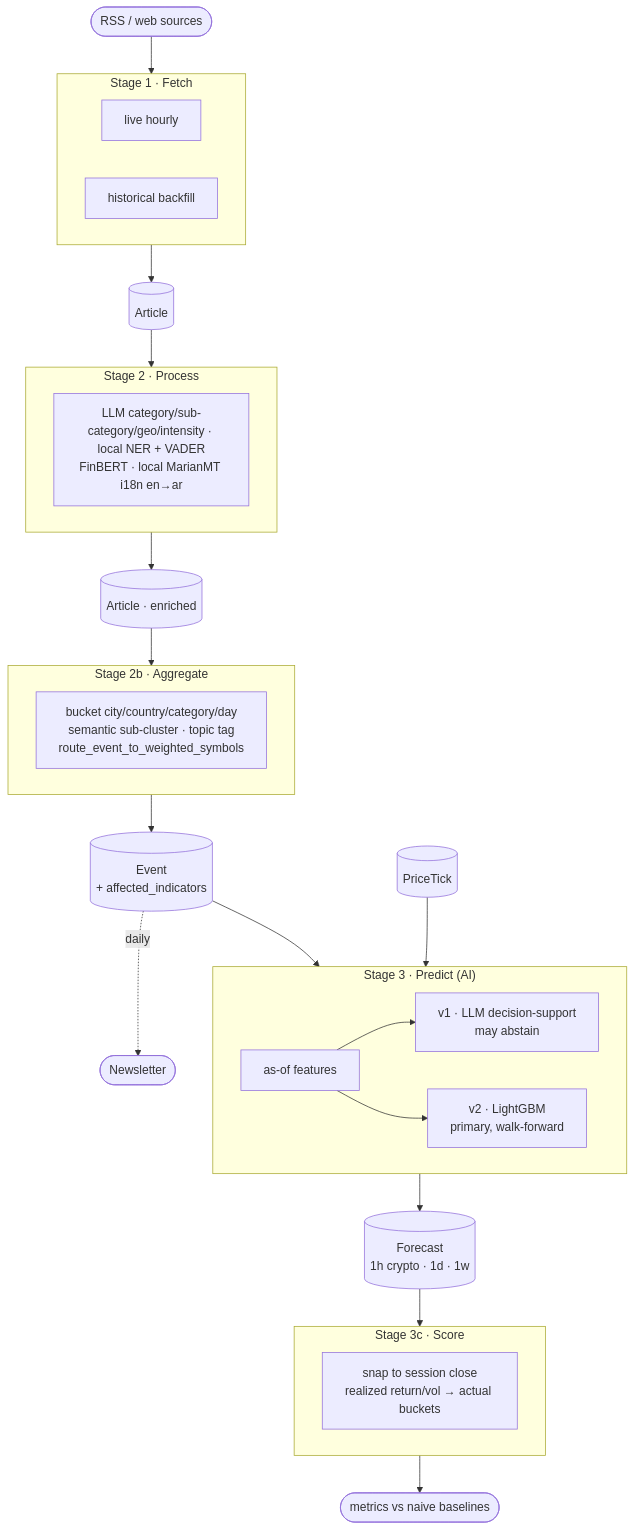
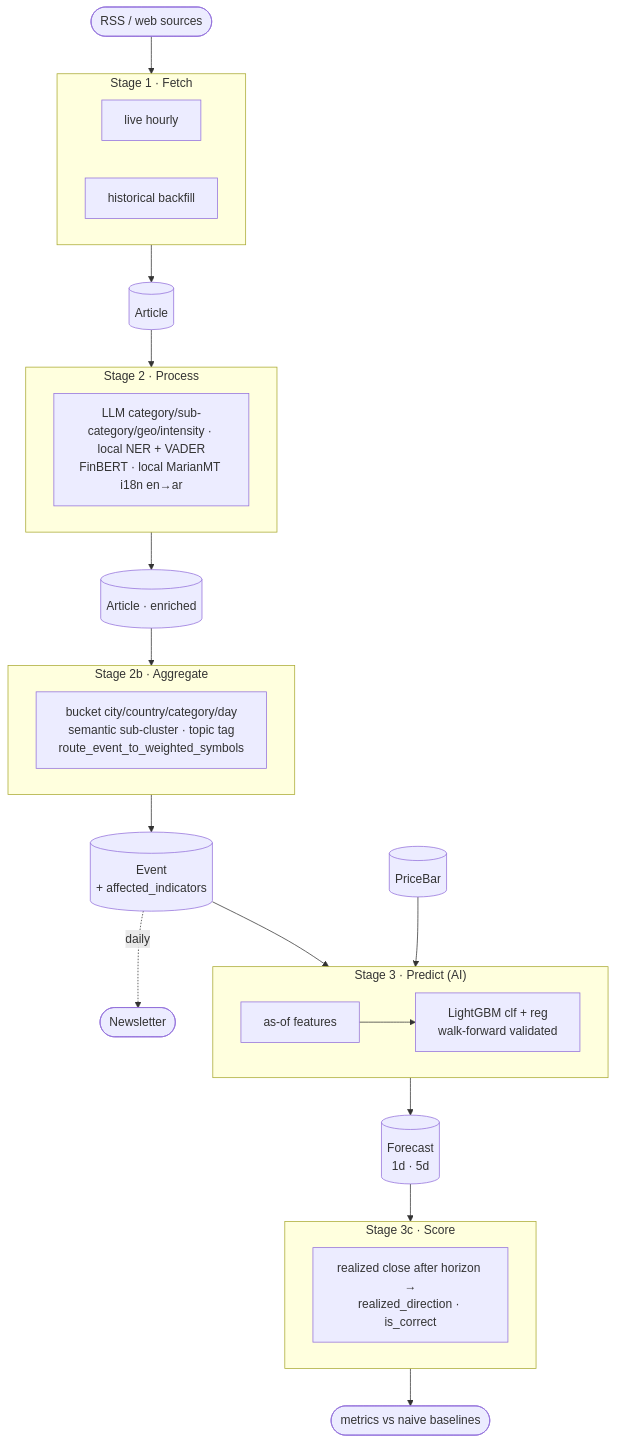
The diagram in docs/README.md (jameelhamdan/event-horizon), drawn with Mermaid before and after one commit. The commit also changed 17 other files, not shown here.

````diff
--- a/docs/README.md
+++ b/docs/README.md
@@ -24,38 +24,37 @@
 ```mermaid
 flowchart TD
     SRC([RSS / web sources]) --> S1
 
     subgraph S1["Stage 1 · Fetch"]
         direction LR
         LIVE[live hourly] & BACK[historical backfill]
     end
     S1 --> ART[(Article)]
 
     ART --> S2
     subgraph S2["Stage 2 · Process"]
         NLP[LLM category/sub-category/geo/intensity · local NER + VADER<br/>FinBERT · local MarianMT i18n en→ar]
     end
     S2 --> ARTE[(Article · enriched)]
 
     ARTE --> S2B
     subgraph S2B["Stage 2b · Aggregate"]
         AGG[bucket city/country/category/day<br/>semantic sub-cluster · topic tag<br/>route_event_to_weighted_symbols]
     end
     S2B --> EVT[(Event<br/>+ affected_indicators)]
 
     EVT --> S3
-    TICKS[(PriceTick)] --> S3
+    BARS[(PriceBar)] --> S3
     subgraph S3["Stage 3 · Predict (AI)"]
-        FEAT[as-of features] --> V1[v1 · LLM decision-support<br/>may abstain]
-        FEAT --> V2[v2 · LightGBM<br/>primary, walk-forward]
+        FEAT[as-of features] --> V2[LightGBM clf + reg<br/>walk-forward validated]
     end
-    S3 --> FC[(Forecast<br/>1h crypto · 1d · 1w)]
+    S3 --> FC[(Forecast<br/>1d · 5d)]
 
     FC --> S3C
     subgraph S3C["Stage 3c · Score"]
-        SCORE[snap to session close<br/>realized return/vol → actual buckets]
+        SCORE[realized close after horizon →<br/>realized_direction · is_correct]
     end
     S3C --> MET([metrics vs naive baselines])
 
     EVT -.daily.-> NL([Newsletter])
 ```
````
